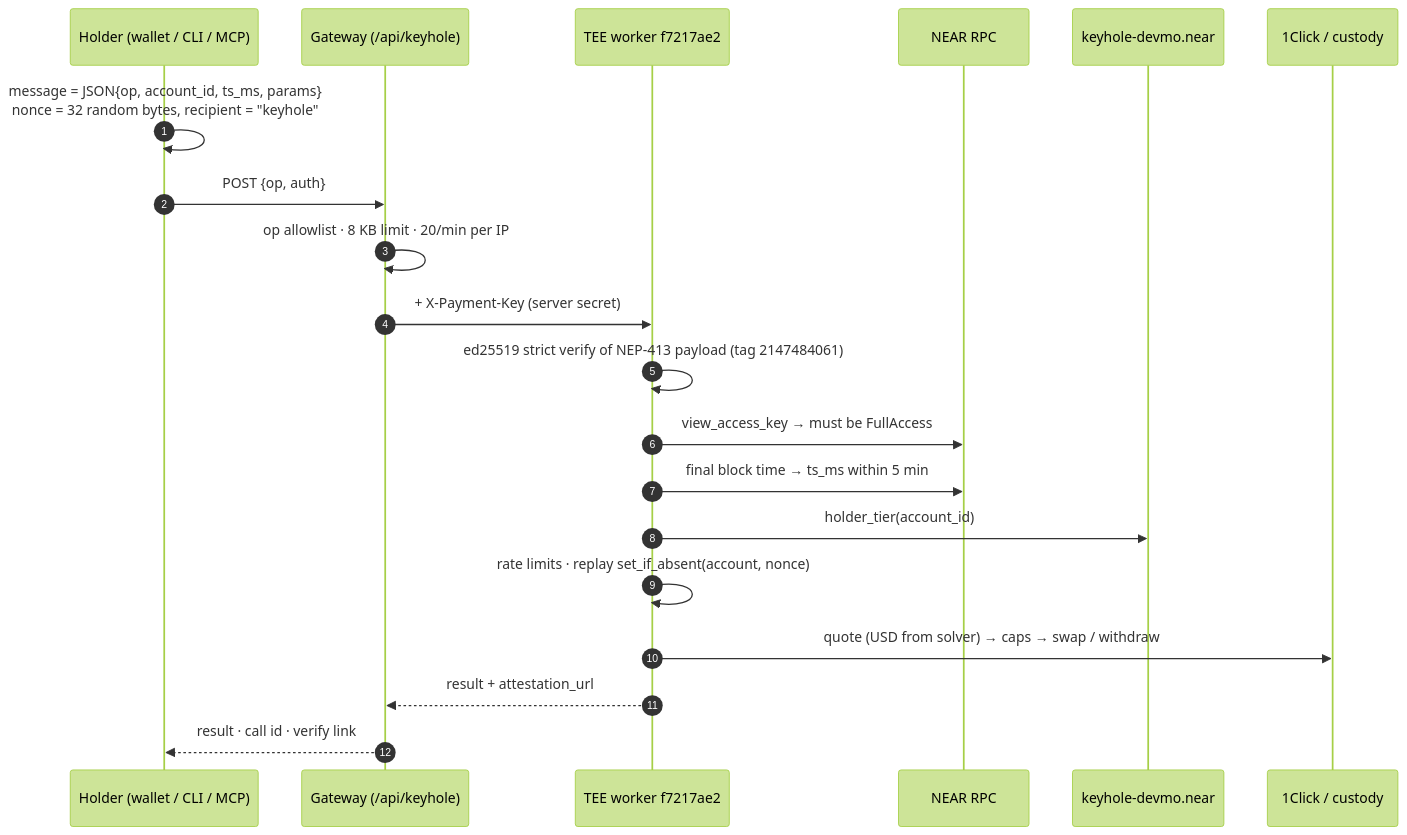
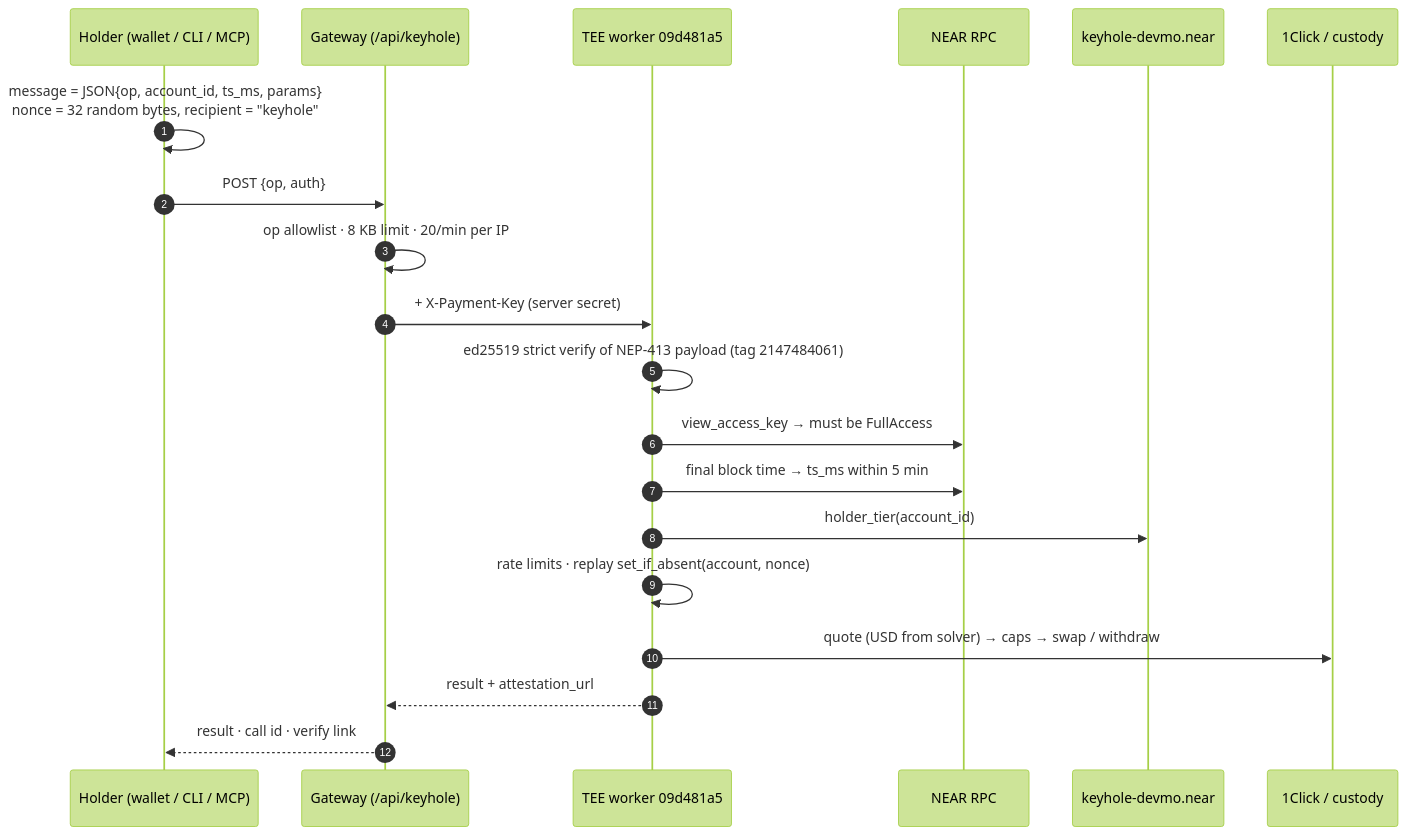
One commit to mohamedwael201193/keyhole changed the second of 2 diagrams in README.md. Above: the diagram before and after it, drawn with Mermaid (forest theme). The commit also changed other lines of this file and 17 other files, not shown here.

````diff
--- a/README.md
+++ b/README.md
@@ -251,22 +252,22 @@
 ```mermaid
 sequenceDiagram
   autonumber
   participant U as Holder (wallet / CLI / MCP)
   participant G as Gateway (/api/keyhole)
-  participant T as TEE worker f7217ae2
+  participant T as TEE worker 09d481a5
   participant R as NEAR RPC
   participant K as keyhole-devmo.near
   participant X as 1Click / custody
   U->>U: message = JSON{op, account_id, ts_ms, params}<br/>nonce = 32 random bytes, recipient = "keyhole"
   U->>G: POST {op, auth}
   G->>G: op allowlist · 8 KB limit · 20/min per IP
   G->>T: + X-Payment-Key (server secret)
   T->>T: ed25519 strict verify of NEP-413 payload (tag 2147484061)
   T->>R: view_access_key → must be FullAccess
   T->>R: final block time → ts_ms within 5 min
   T->>K: holder_tier(account_id)
   T->>T: rate limits · replay set_if_absent(account, nonce)
   T->>X: quote (USD from solver) → caps → swap / withdraw
   T-->>G: result + attestation_url
   G-->>U: result · call id · verify link
 ```
````
